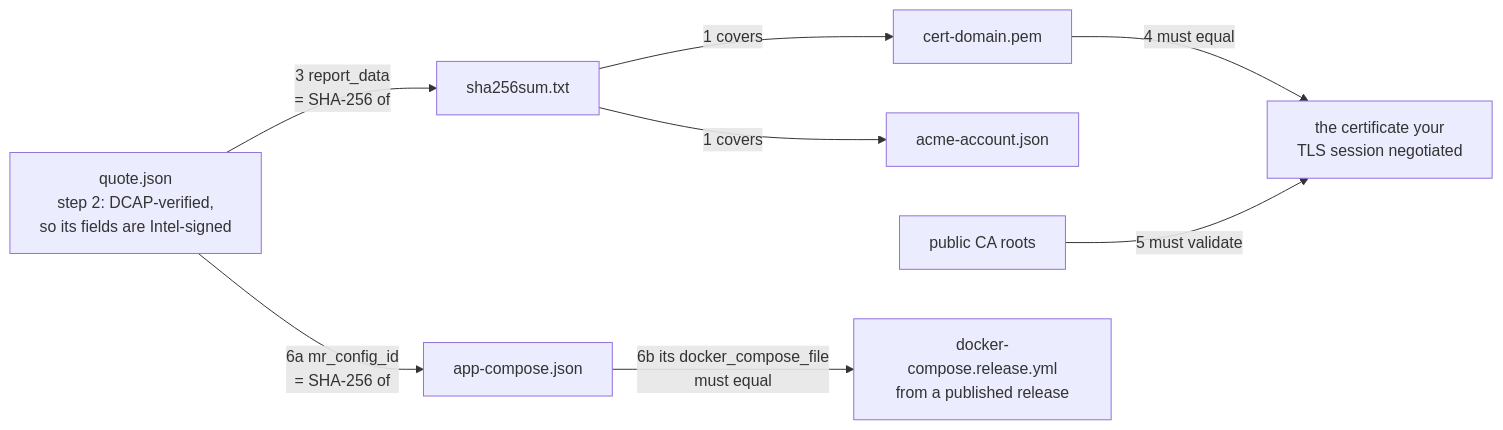
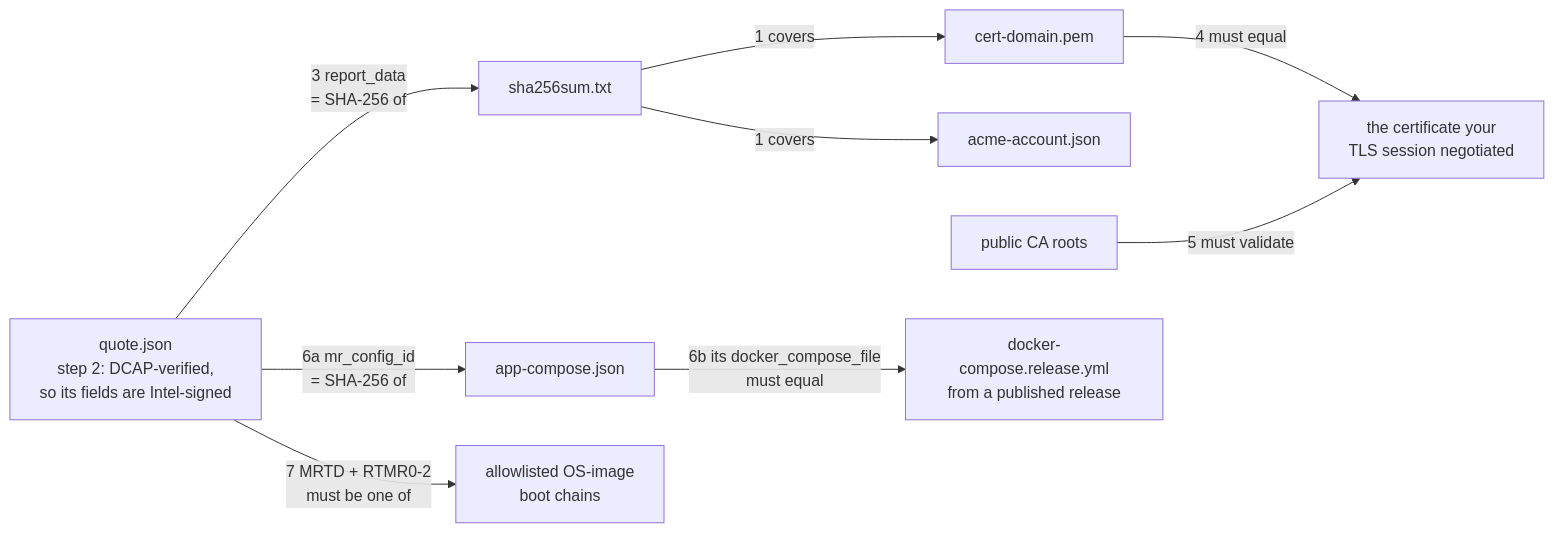
One commit to 0gfoundation/0g-pc-e2ee changed the second of 2 diagrams in docs/verifying-the-gateway.md. Above: the diagram before and after it, drawn with Mermaid. The commit also changed other lines of this file and 9 other files, not shown here.

````diff
--- a/docs/verifying-the-gateway.md
+++ b/docs/verifying-the-gateway.md
@@ -102,19 +103,21 @@
 ```mermaid
 flowchart LR
     Q["quote.json<br/>step 2: DCAP-verified,<br/>so its fields are Intel-signed"]
     M["sha256sum.txt"]
     C["cert-domain.pem"]
     A["acme-account.json"]
     S["the certificate your<br/>TLS session negotiated"]
     CA["public CA roots"]
     AC["app-compose.json"]
     R["docker-compose.release.yml<br/>from a published release"]
+    OSA["allowlisted OS-image<br/>boot chains"]
 
     M -->|"1 covers"| C
     M -->|"1 covers"| A
     Q -->|"3 report_data<br/>= SHA-256 of"| M
     C -->|"4 must equal"| S
     CA -->|"5 must validate"| S
     Q -->|"6a mr_config_id<br/>= SHA-256 of"| AC
     AC -->|"6b its docker_compose_file<br/>must equal"| R
+    Q -->|"7 MRTD + RTMR0-2<br/>must be one of"| OSA
 ```
````
